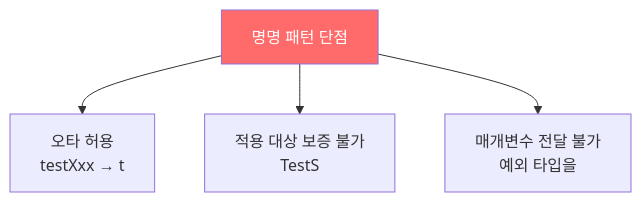
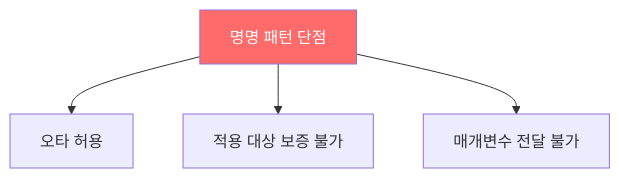
One commit to yjkim2015/yjkim2015.github.io changed the first of 3 diagrams in _posts/java/2022-01-17-effective-java39.md. Above: the diagram before and after it, drawn with Mermaid. The commit also changed other lines of this file and 217 other files, not shown here.

First line of the commit message:
Mermaid 크기 수정: useMaxWidth:true + SVG max-width:100% + 라벨 축소

````diff
--- a/_posts/java/2022-01-17-effective-java39.md
+++ b/_posts/java/2022-01-17-effective-java39.md
@@ -28,7 +28,7 @@
 ```mermaid
 graph TD
-    A["명명 패턴 단점"] --> B["오타 허용\ntestXxx → t"]
-    A --> C["적용 대상 보증 불가\nTestS"]
-    A --> D["매개변수 전달 불가\n예외 타입을"]
+    A["명명 패턴 단점"] --> B["오타 허용"]
+    A --> C["적용 대상 보증 불가"]
+    A --> D["매개변수 전달 불가"]
     style A fill:#ff6b6b,color:#fff
 ```
````
